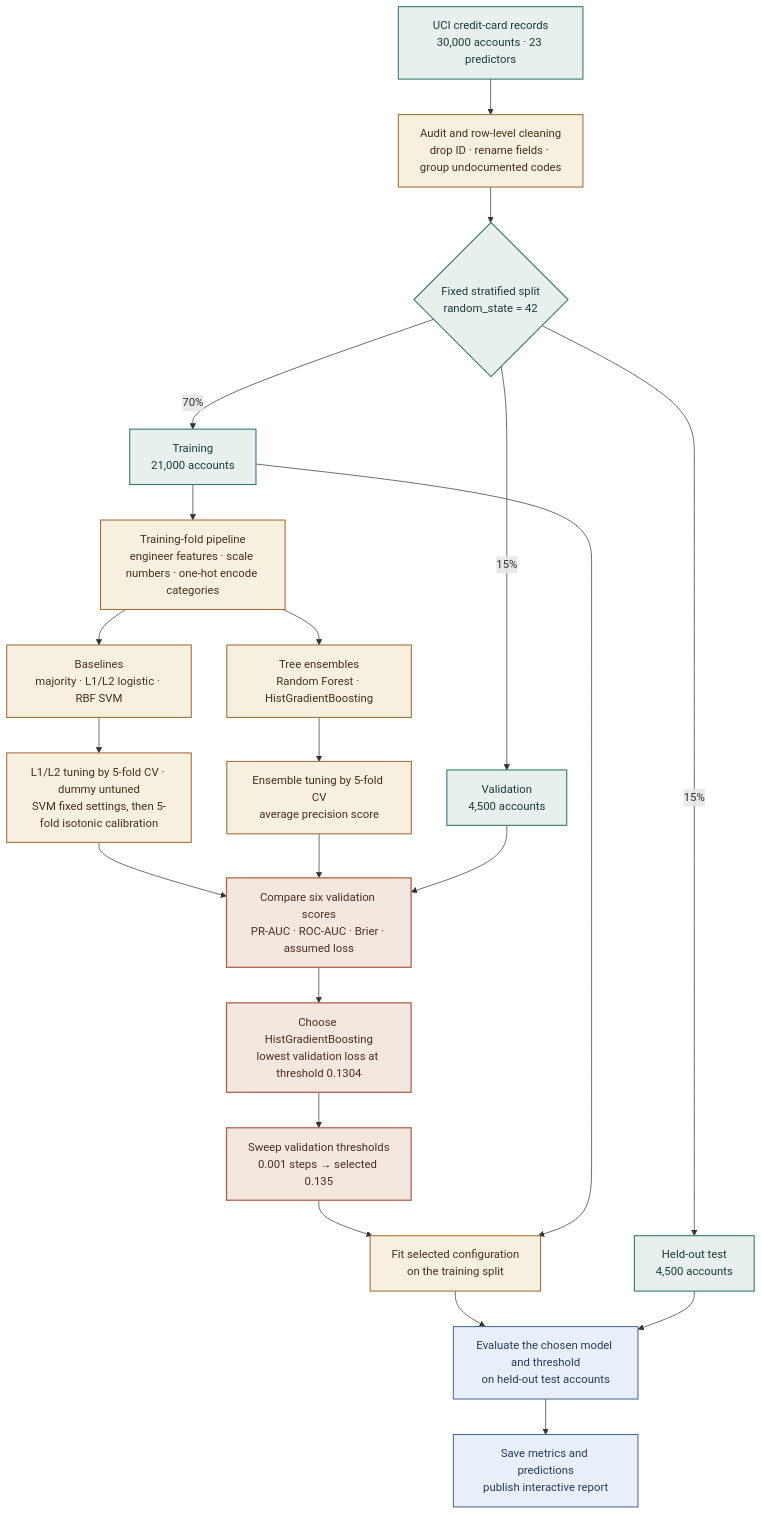
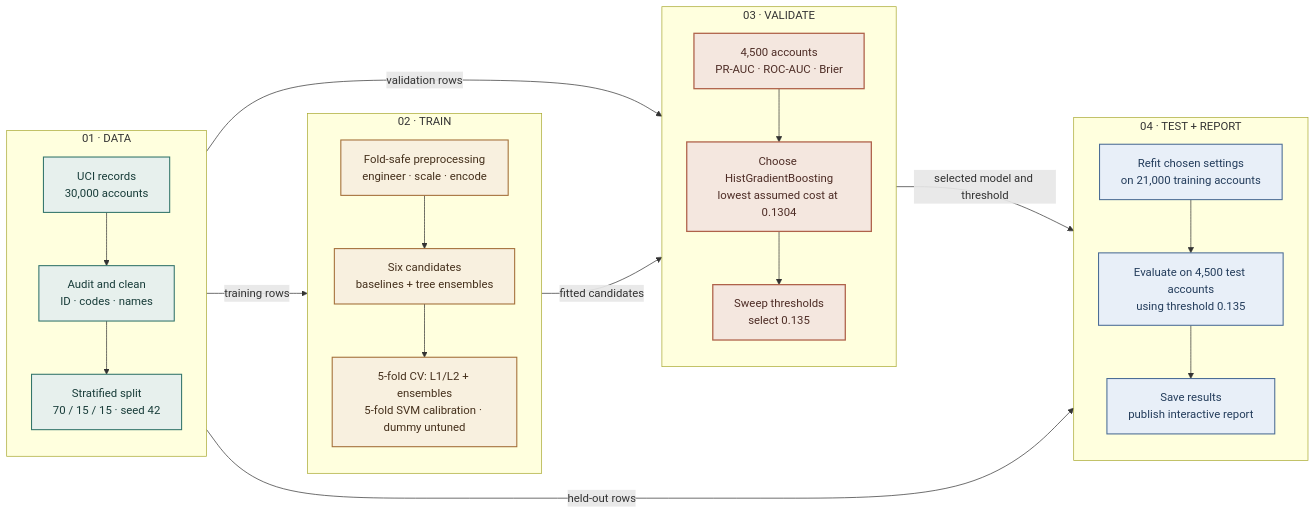
Before and after one commit to TagalpallewarAbhishek/credit-default-prediction: the diagram in README.md, drawn with Mermaid.

Commit message:
Refine pipeline diagram layout

````diff
--- a/README.md
+++ b/README.md
@@ -19,34 +19,34 @@
 ```mermaid
-flowchart TB
-    U["UCI credit-card records<br/>30,000 accounts · 23 predictors"] --> C["Audit and row-level cleaning<br/>drop ID · rename fields · group undocumented codes"]
-    C --> S{"Fixed stratified split<br/>random_state = 42"}
-    S -->|70%| T["Training<br/>21,000 accounts"]
-    S -->|15%| V["Validation<br/>4,500 accounts"]
-    S -->|15%| H["Held-out test<br/>4,500 accounts"]
+flowchart LR
+    subgraph DATA["01 · DATA"]
+        direction TB
+        U["UCI records<br/>30,000 accounts"] --> C["Audit and clean<br/>ID · codes · names"] --> S["Stratified split<br/>70 / 15 / 15 · seed 42"]
+    end
+    subgraph TRAIN["02 · TRAIN"]
+        direction TB
+        P["Fold-safe preprocessing<br/>engineer · scale · encode"] --> M["Six candidates<br/>baselines + tree ensembles"] --> CV["5-fold CV: L1/L2 + ensembles<br/>5-fold SVM calibration · dummy untuned"]
+    end
+    subgraph VALIDATE["03 · VALIDATE"]
+        direction TB
+        V["4,500 accounts<br/>PR-AUC · ROC-AUC · Brier"] --> CHOOSE["Choose HistGradientBoosting<br/>lowest assumed cost at 0.1304"] --> SWEEP["Sweep thresholds<br/>select 0.135"]
+    end
+    subgraph HOLDOUT["04 · TEST + REPORT"]
+        direction TB
+        REFIT["Refit chosen settings<br/>on 21,000 training accounts"] --> TEST["Evaluate on 4,500 test accounts<br/>using threshold 0.135"] --> REPORT["Save results<br/>publish interactive report"]
+    end
 
-    T --> P["Training-fold pipeline<br/>engineer features · scale numbers · one-hot encode categories"]
-    P --> B["Baselines<br/>majority · L1/L2 logistic · RBF SVM"]
-    P --> E["Tree ensembles<br/>Random Forest · HistGradientBoosting"]
-    B --> BT["L1/L2 tuning by 5-fold CV · dummy untuned<br/>SVM fixed settings, then 5-fold isotonic calibration"]
-    E --> ET["Ensemble tuning by 5-fold CV<br/>average precision score"]
-    BT --> COMP["Compare six validation scores<br/>PR-AUC · ROC-AUC · Brier · assumed loss"]
-    ET --> COMP
-    V --> COMP
-
-    COMP --> CHOOSE["Choose HistGradientBoosting<br/>lowest validation loss at threshold 0.1304"]
-    CHOOSE --> SWEEP["Sweep validation thresholds<br/>0.001 steps → selected 0.135"]
-    SWEEP --> REFIT["Fit selected configuration<br/>on the training split"]
-    T --> REFIT
-    REFIT --> TEST["Evaluate the chosen model and threshold<br/>on held-out test accounts"]
-    H --> TEST
-    TEST --> REPORT["Save metrics and predictions<br/>publish interactive report"]
+    DATA -->|training rows| TRAIN
+    DATA -->|validation rows| VALIDATE
+    TRAIN -->|fitted candidates| VALIDATE
+    VALIDATE -->|selected model and threshold| HOLDOUT
+    DATA -->|held-out rows| HOLDOUT
 
     classDef data fill:#e7f0ed,stroke:#33756b,color:#183c39,stroke-width:1.5px;
     classDef process fill:#f8f0df,stroke:#a36e38,color:#45301c,stroke-width:1.5px;
-    classDef model fill:#e8eff8,stroke:#4c6d96,color:#233c5b,stroke-width:1.5px;
     classDef decision fill:#f4e7df,stroke:#af624a,color:#4d2c25,stroke-width:1.8px;
-    class U,S,T,V,H data;
-    class C,P,B,E,BT,ET,REFIT process;
-    class COMP,CHOOSE,SWEEP decision;
-    class TEST,REPORT model;
+    classDef result fill:#e8eff8,stroke:#4c6d96,color:#233c5b,stroke-width:1.5px;
+    class U,C,S data;
+    class P,M,CV process;
+    class V,CHOOSE,SWEEP decision;
+    class REFIT,TEST,REPORT result;
 ```
````
